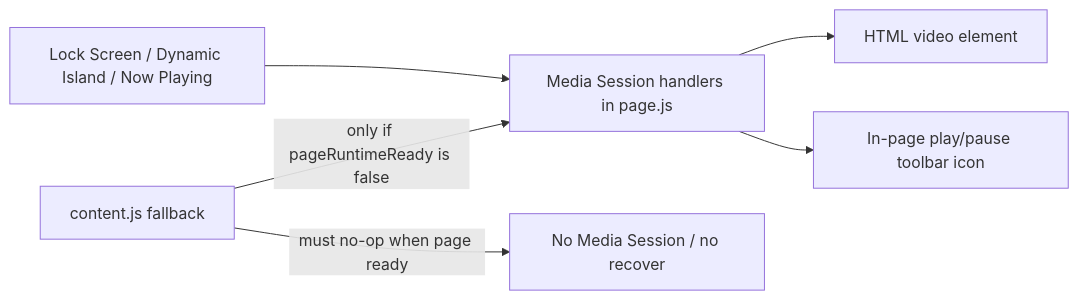
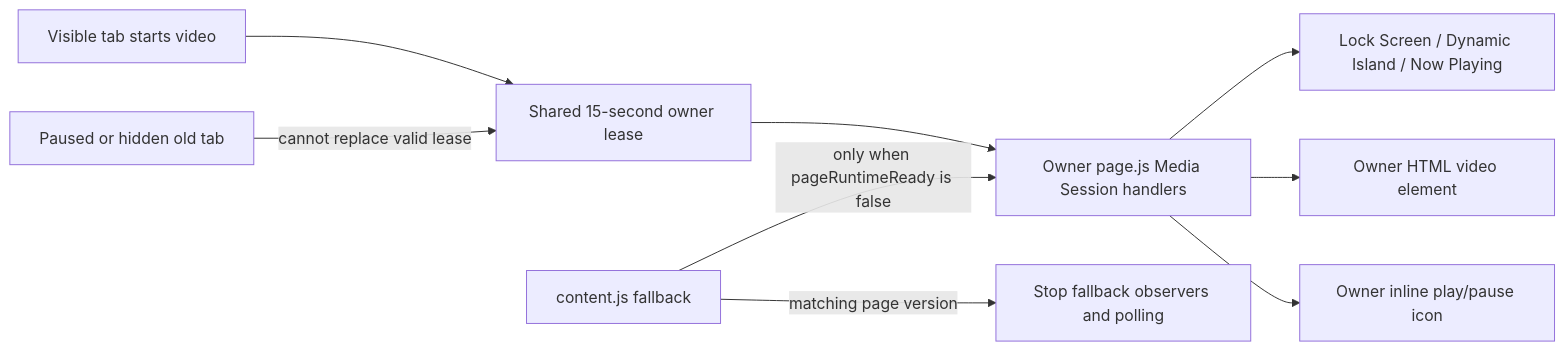
The second of 2 diagrams in ARCHITECTURE.md (aditauqir/fyp), drawn with Mermaid before and after one commit. The commit also changed other lines of this file and 22 other files, not shown here.

Commit message:
Snapshot inline quality and AirPlay controls

````diff
--- a/ARCHITECTURE.md
+++ b/ARCHITECTURE.md
@@ -182,8 +186,11 @@
 ```mermaid
 flowchart LR
-    NP["Lock Screen / Dynamic Island / Now Playing"] --> MS["Media Session handlers in page.js"]
-    MS --> V["HTML video element"]
-    MS --> TB["In-page play/pause toolbar icon"]
-    C["content.js fallback"] -->|"only if pageRuntimeReady is false"| MS
-    C -->|"must no-op when page ready"| X["No Media Session / no recover"]
+    A["Visible tab starts video"] --> L["Shared 15-second owner lease"]
+    L --> MS["Owner page.js Media Session handlers"]
+    MS --> NP["Lock Screen / Dynamic Island / Now Playing"]
+    MS --> V["Owner HTML video element"]
+    MS --> TB["Owner inline play/pause icon"]
+    O["Paused or hidden old tab"] -->|"cannot replace valid lease"| L
+    C["content.js fallback"] -->|"only when pageRuntimeReady is false"| MS
+    C -->|"matching page version"| X["Stop fallback observers and polling"]
 ```
````
